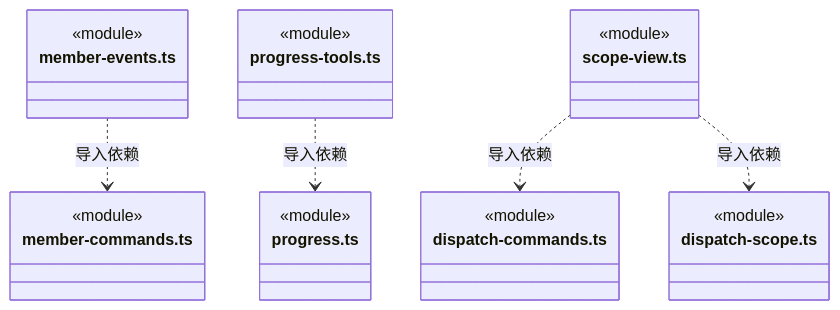
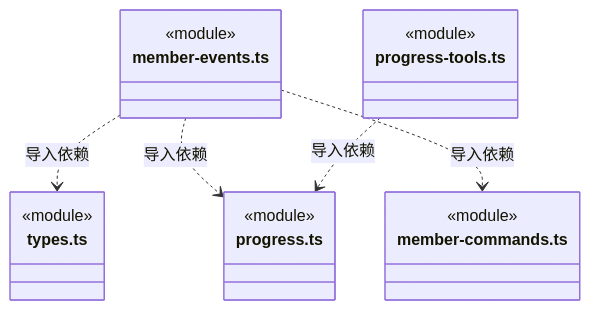
Diagram 42 of 46 in src/backend/core/tasks/ARCHITECTURE.md (nan023062/cbim), drawn with Mermaid before and after one commit. The commit also changed other lines of this file and 60 other files, not shown here.

````diff
--- a/src/backend/core/tasks/ARCHITECTURE.md
+++ b/src/backend/core/tasks/ARCHITECTURE.md
@@ -1034,28 +1074,22 @@
 ```mermaid
 classDiagram
 class N_src_backend_core_tasks_member_events_ts["member-events.ts"] {
+  <<module>>
+}
+class N_src_backend_core_tasks_types_ts["types.ts"] {
+  <<module>>
+}
+class N_src_backend_core_tasks_progress_ts["progress.ts"] {
   <<module>>
 }
 class N_src_backend_core_tasks_member_commands_ts["member-commands.ts"] {
   <<module>>
 }
 class N_src_backend_core_tasks_progress_tools_ts["progress-tools.ts"] {
   <<module>>
 }
-class N_src_backend_core_tasks_progress_ts["progress.ts"] {
-  <<module>>
-}
-class N_src_backend_core_tasks_scope_view_ts["scope-view.ts"] {
-  <<module>>
-}
-class N_src_backend_core_tasks_dispatch_commands_ts["dispatch-commands.ts"] {
-  <<module>>
-}
-class N_src_backend_core_tasks_dispatch_scope_ts["dispatch-scope.ts"] {
-  <<module>>
-}
+N_src_backend_core_tasks_member_events_ts ..> N_src_backend_core_tasks_types_ts : 导入依赖
+N_src_backend_core_tasks_member_events_ts ..> N_src_backend_core_tasks_progress_ts : 导入依赖
 N_src_backend_core_tasks_member_events_ts ..> N_src_backend_core_tasks_member_commands_ts : 导入依赖
 N_src_backend_core_tasks_progress_tools_ts ..> N_src_backend_core_tasks_progress_ts : 导入依赖
-N_src_backend_core_tasks_scope_view_ts ..> N_src_backend_core_tasks_dispatch_commands_ts : 导入依赖
-N_src_backend_core_tasks_scope_view_ts ..> N_src_backend_core_tasks_dispatch_scope_ts : 导入依赖
 ```
````
